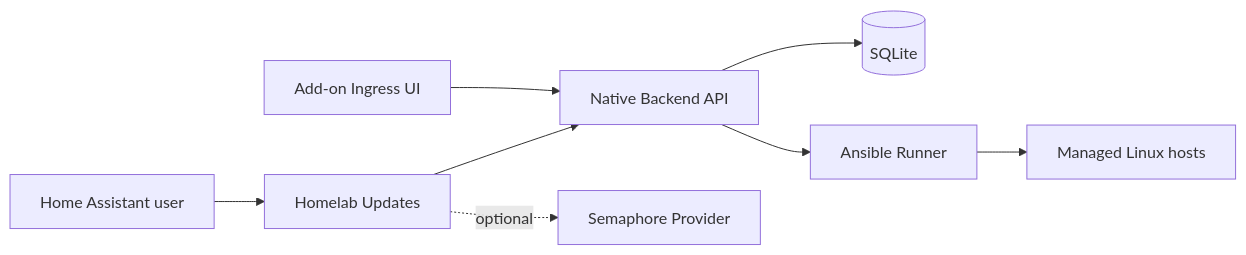
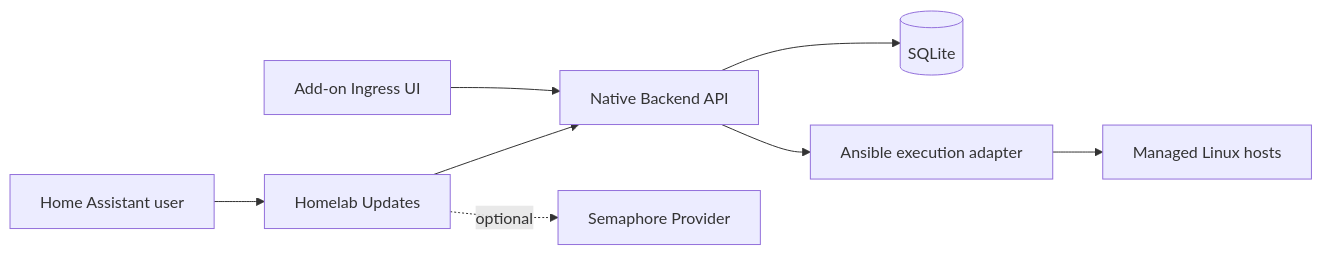
The first of 2 diagrams in docs/02-architecture/overview.md (V3rfr3ss3n/Homelab-Commander), drawn with Mermaid before and after one commit. The commit also changed other lines of this file and 49 other files, not shown here.

````diff
--- a/docs/02-architecture/overview.md
+++ b/docs/02-architecture/overview.md
@@ -12,10 +12,10 @@
 ```mermaid
 flowchart LR
     U[Home Assistant user] --> HA[Homelab Updates]
     HA --> NB[Native Backend API]
     HA -. optional .-> SE[Semaphore Provider]
     UI[Add-on Ingress UI] --> NB
     NB --> DB[(SQLite)]
-    NB --> AN[Ansible Runner]
+    NB --> AN[Ansible execution adapter]
     AN --> H[Managed Linux hosts]
 ```
````
